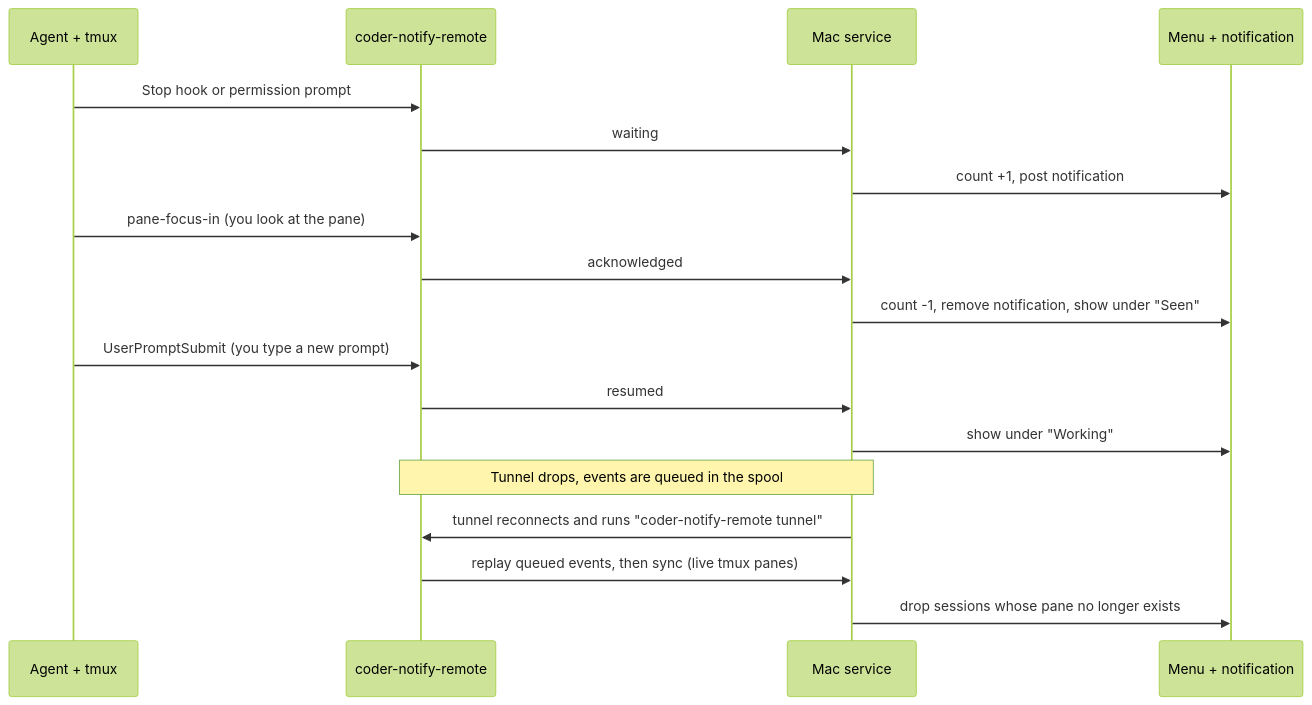
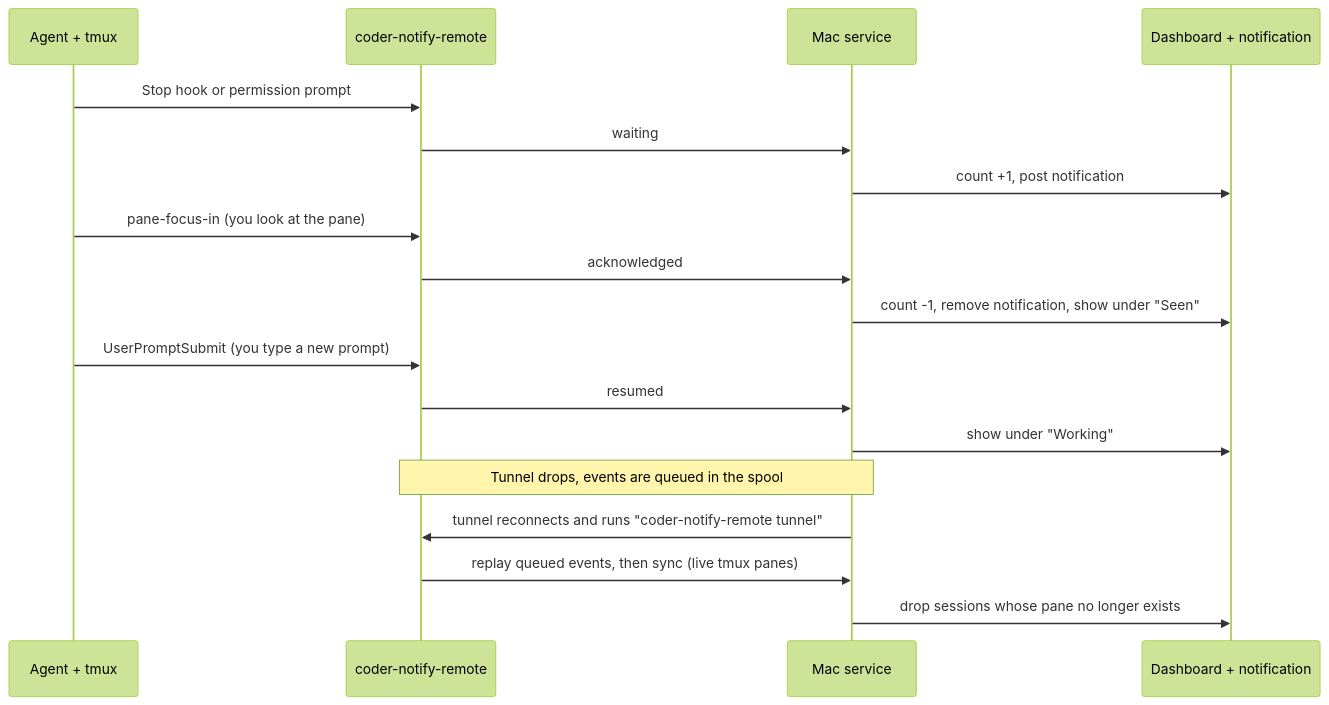
Before and after one commit to cpalmer-figma/ai-notify: the second of 2 diagrams in README.md, drawn with Mermaid (forest theme). The commit also changed other lines of this file and 37 other files, not shown here.

Commit message:
Add native menu bar app, browser dashboard, and automated workspace setup

````diff
--- a/README.md
+++ b/README.md
@@ -83,20 +69,20 @@
 ```mermaid
 sequenceDiagram
   participant A as Agent + tmux
   participant R as coder-notify-remote
   participant S as Mac service
-  participant U as Menu + notification
+  participant U as Dashboard + notification
   A->>R: Stop hook or permission prompt
   R->>S: waiting
   S->>U: count +1, post notification
   A->>R: pane-focus-in (you look at the pane)
   R->>S: acknowledged
   S->>U: count -1, remove notification, show under "Seen"
   A->>R: UserPromptSubmit (you type a new prompt)
   R->>S: resumed
   S->>U: show under "Working"
   Note over R,S: Tunnel drops, events are queued in the spool
   S->>R: tunnel reconnects and runs "coder-notify-remote tunnel"
   R->>S: replay queued events, then sync (live tmux panes)
   S->>U: drop sessions whose pane no longer exists
 ```
````
